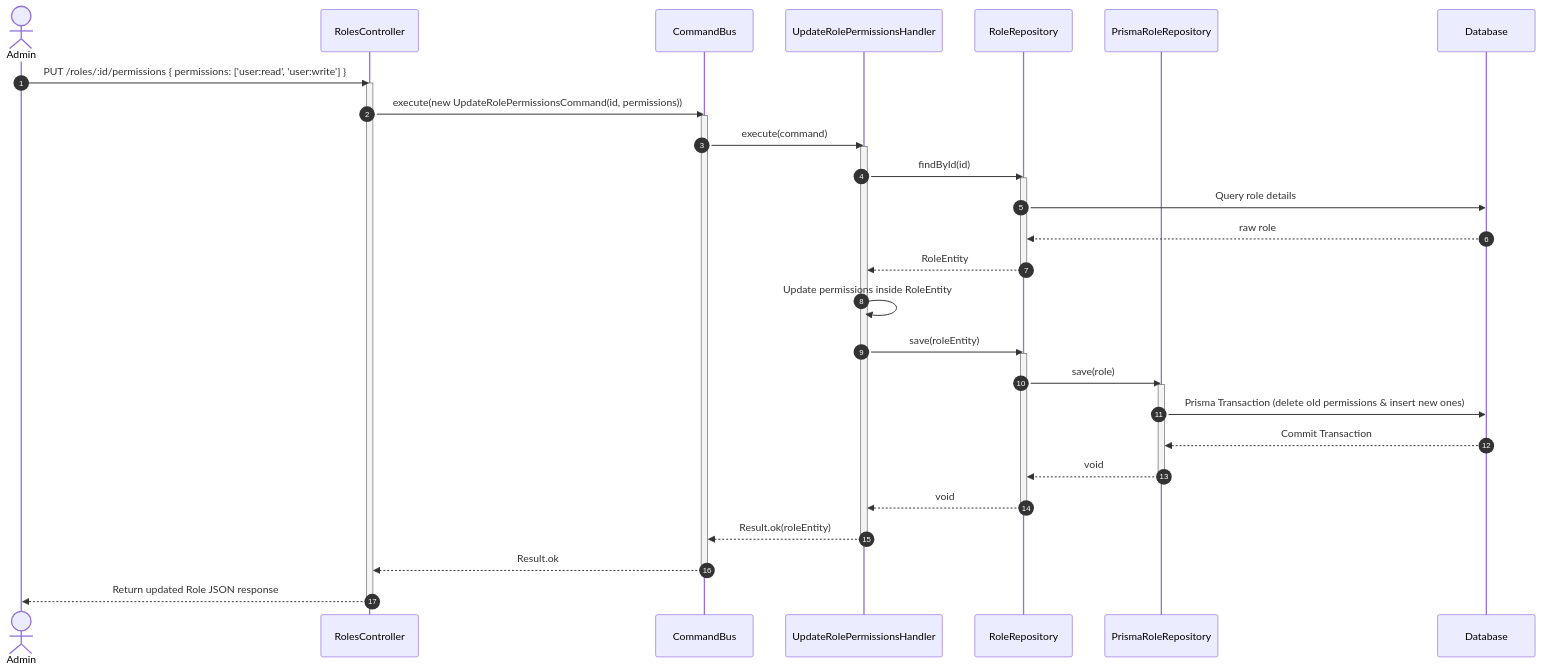
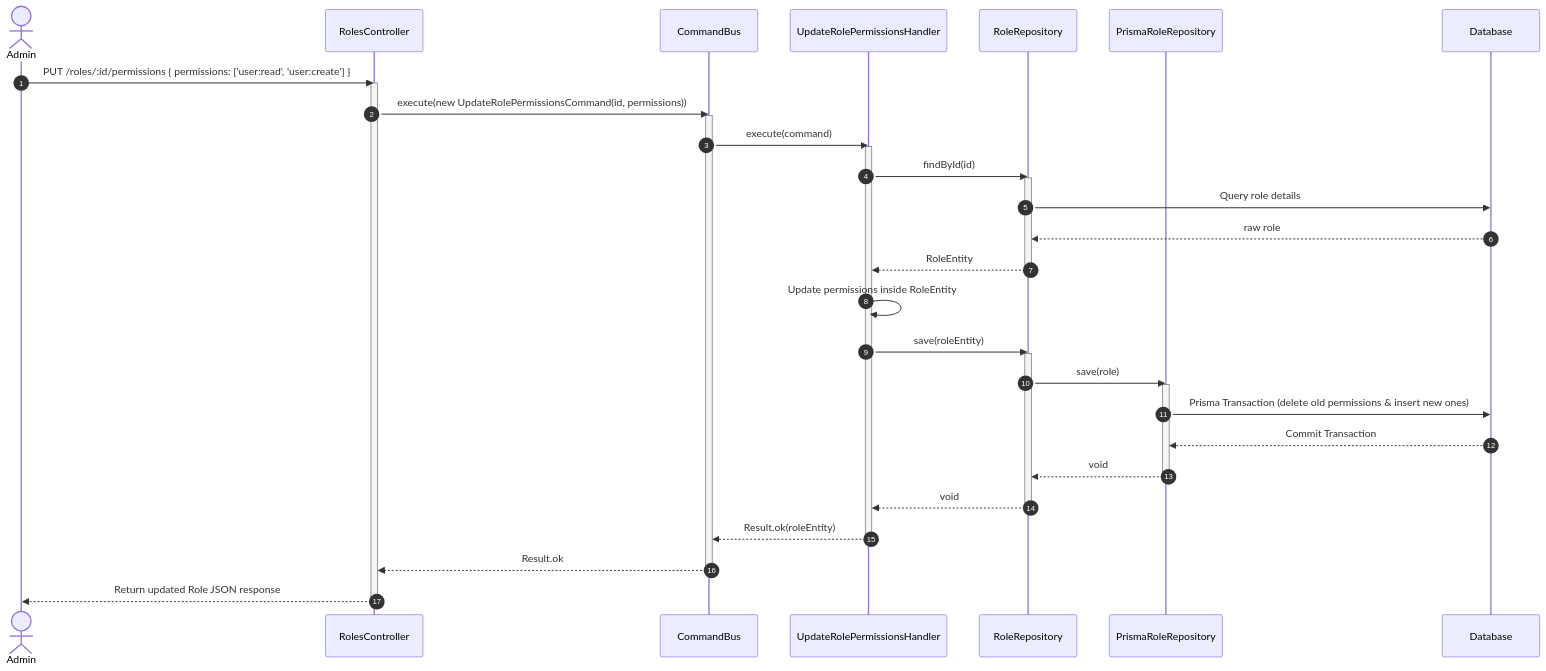
The diagram in apps/server/src/contexts/iam/roles/README.md (8eyond-Infinite/turborepo-advanced-starter), drawn with Mermaid before and after one commit. The commit also changed other lines of this file and 14 other files, not shown here.

````diff
--- a/apps/server/src/contexts/iam/roles/README.md
+++ b/apps/server/src/contexts/iam/roles/README.md
@@ -83,44 +86,44 @@
 ```mermaid
 sequenceDiagram
     autonumber
     actor Admin
     participant RolesController
     participant CommandBus
     participant UpdateRolePermissionsHandler
     participant RoleRepository
     participant PrismaRoleRepository
     participant Database
 
-    Admin->>RolesController: PUT /roles/:id/permissions { permissions: ['user:read', 'user:write'] }
+    Admin->>RolesController: PUT /roles/:id/permissions { permissions: ['user:read', 'user:create'] }
     activate RolesController
     RolesController->>CommandBus: execute(new UpdateRolePermissionsCommand(id, permissions))
     activate CommandBus
     CommandBus->>UpdateRolePermissionsHandler: execute(command)
     activate UpdateRolePermissionsHandler
 
     UpdateRolePermissionsHandler->>RoleRepository: findById(id)
     activate RoleRepository
     RoleRepository->>Database: Query role details
     Database-->>RoleRepository: raw role
     RoleRepository-->>UpdateRolePermissionsHandler: RoleEntity
     deactivate RoleRepository
 
     UpdateRolePermissionsHandler->>UpdateRolePermissionsHandler: Update permissions inside RoleEntity
     UpdateRolePermissionsHandler->>RoleRepository: save(roleEntity)
     activate RoleRepository
     RoleRepository->>PrismaRoleRepository: save(role)
     activate PrismaRoleRepository
     PrismaRoleRepository->>Database: Prisma Transaction (delete old permissions & insert new ones)
     Database-->>PrismaRoleRepository: Commit Transaction
     PrismaRoleRepository-->>RoleRepository: void
     deactivate PrismaRoleRepository
     RoleRepository-->>UpdateRolePermissionsHandler: void
     deactivate RoleRepository
 
     UpdateRolePermissionsHandler-->>CommandBus: Result.ok(roleEntity)
     deactivate UpdateRolePermissionsHandler
     CommandBus-->>RolesController: Result.ok
     deactivate CommandBus
     RolesController-->>Admin: Return updated Role JSON response
     deactivate RolesController
 ```
````
